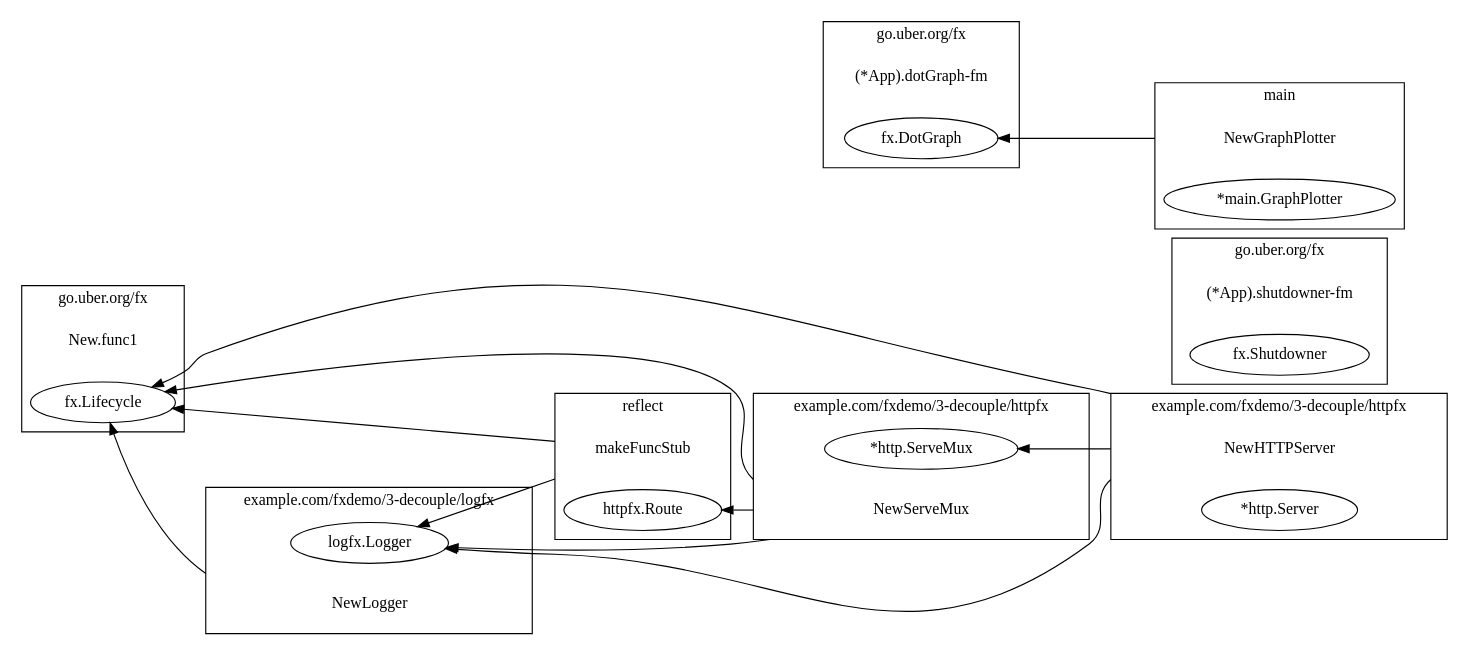
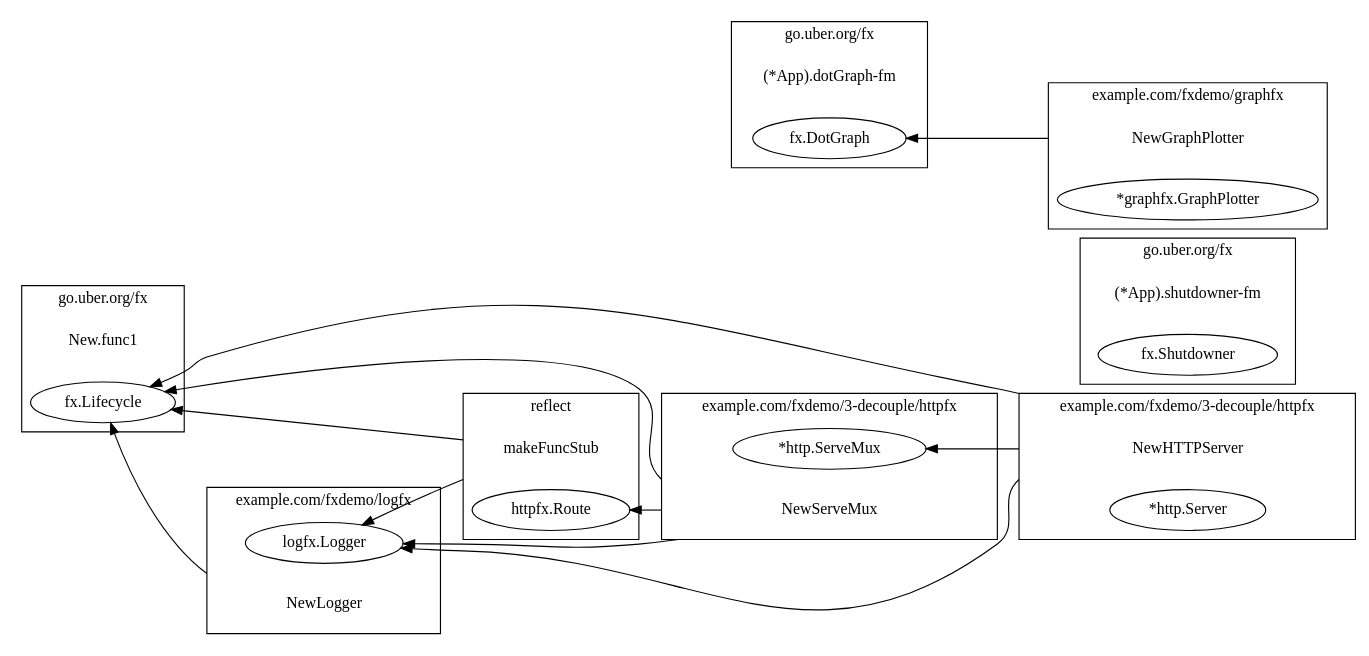
The diagram in 3-decouple/dotGraph.dot (gemini-kenshi/fx-demo), drawn with Graphviz before and after one commit. The commit also changed 8 other files, not shown here.

Commit message:
refactor: Move graph to a separate package

```diff
--- a/3-decouple/dotGraph.dot
+++ b/3-decouple/dotGraph.dot
@@ -1,98 +1,98 @@
 digraph {
 	rankdir=RL;
 	graph [compound=true];
 	
 		subgraph cluster_0 {
 			label = "go.uber.org/fx";
 			constructor_0 [shape=plaintext label="New.func1"];
 			
 			"fx.Lifecycle" [label=<fx.Lifecycle>];
 			
 		}
 		
 		
 		subgraph cluster_1 {
 			label = "go.uber.org/fx";
 			constructor_1 [shape=plaintext label="(*App).shutdowner-fm"];
 			
 			"fx.Shutdowner" [label=<fx.Shutdowner>];
 			
 		}
 		
 		
 		subgraph cluster_2 {
 			label = "go.uber.org/fx";
 			constructor_2 [shape=plaintext label="(*App).dotGraph-fm"];
 			
 			"fx.DotGraph" [label=<fx.DotGraph>];
 			
 		}
 		
 		
 		subgraph cluster_3 {
-			label = "main";
+			label = "example.com/fxdemo/graphfx";
 			constructor_3 [shape=plaintext label="NewGraphPlotter"];
 			
-			"*main.GraphPlotter" [label=<*main.GraphPlotter>];
+			"*graphfx.GraphPlotter" [label=<*graphfx.GraphPlotter>];
 			
 		}
 		
 			constructor_3 -> "fx.DotGraph" [ltail=cluster_3];
 		
 		
 		subgraph cluster_4 {
 			label = "example.com/fxdemo/3-decouple/httpfx";
 			constructor_4 [shape=plaintext label="NewHTTPServer"];
 			
 			"*http.Server" [label=<*http.Server>];
 			
 		}
 		
 			constructor_4 -> "fx.Lifecycle" [ltail=cluster_4];
 		
 			constructor_4 -> "logfx.Logger" [ltail=cluster_4];
 		
 			constructor_4 -> "*http.ServeMux" [ltail=cluster_4];
 		
 		
 		subgraph cluster_5 {
 			label = "reflect";
 			constructor_5 [shape=plaintext label="makeFuncStub"];
 			
 			"httpfx.Route" [label=<httpfx.Route>];
 			
 		}
 		
 			constructor_5 -> "fx.Lifecycle" [ltail=cluster_5];
 		
 			constructor_5 -> "logfx.Logger" [ltail=cluster_5];
 		
 		
 		subgraph cluster_6 {
 			label = "example.com/fxdemo/3-decouple/httpfx";
 			constructor_6 [shape=plaintext label="NewServeMux"];
 			
 			"*http.ServeMux" [label=<*http.ServeMux>];
 			
 		}
 		
 			constructor_6 -> "fx.Lifecycle" [ltail=cluster_6];
 		
 			constructor_6 -> "logfx.Logger" [ltail=cluster_6];
 		
 			constructor_6 -> "httpfx.Route" [ltail=cluster_6];
 		
 		
 		subgraph cluster_7 {
-			label = "example.com/fxdemo/3-decouple/logfx";
+			label = "example.com/fxdemo/logfx";
 			constructor_7 [shape=plaintext label="NewLogger"];
 			
 			"logfx.Logger" [label=<logfx.Logger>];
 			
 		}
 		
 			constructor_7 -> "fx.Lifecycle" [ltail=cluster_7];
 		
 		
 	
 }
```
